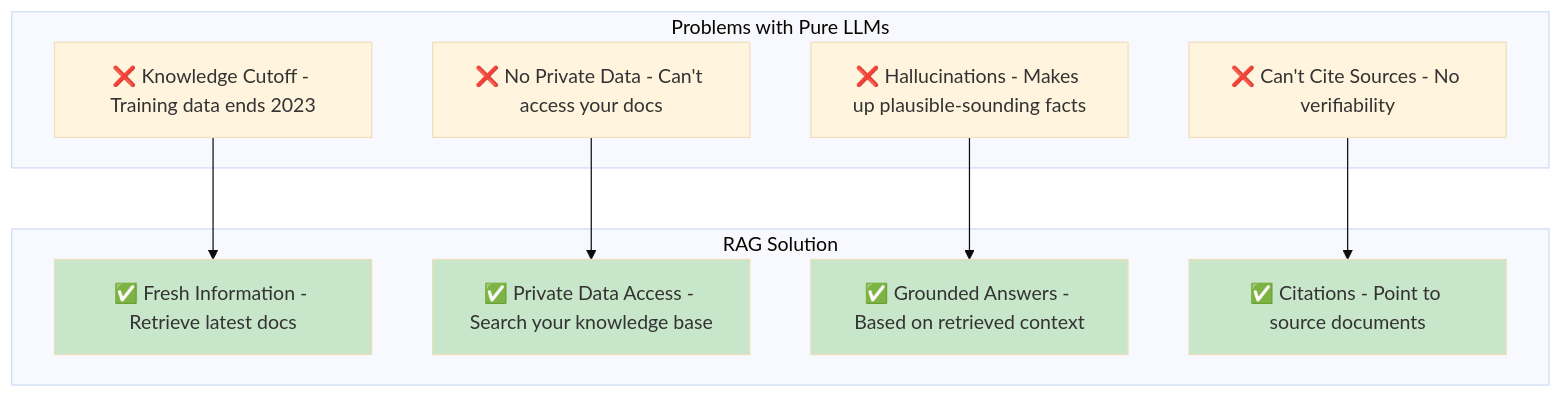
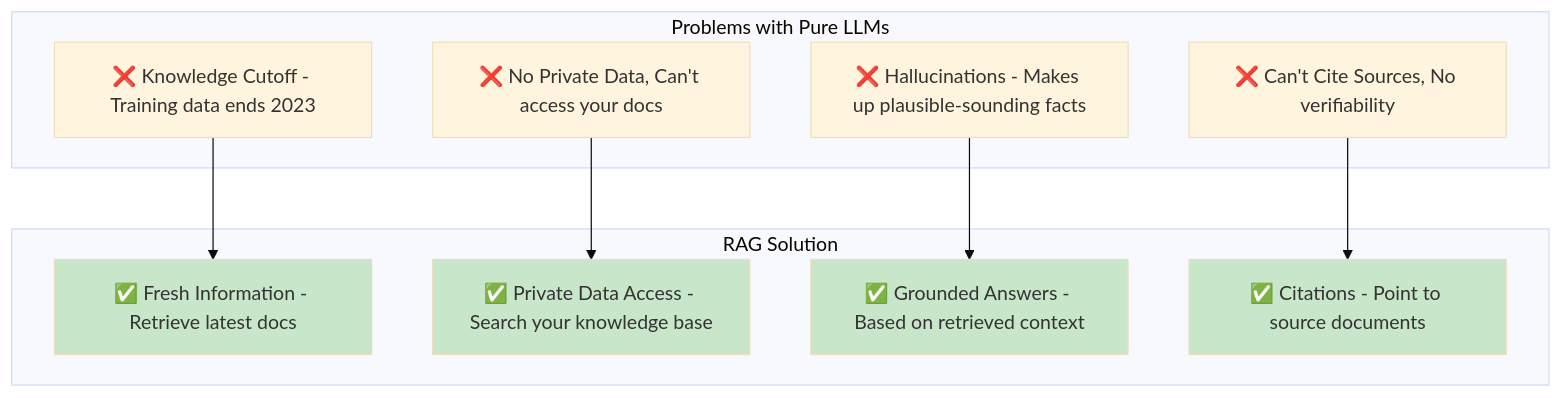
One commit to indhra/llm_rag_sec_findings changed the first of 15 diagrams in docs/learning/03-rag-fundamentals.md. Above: the diagram before and after it, drawn with Mermaid (base theme). The commit also changed other lines of this file and 9 other files, not shown here.

````diff
--- a/docs/learning/03-rag-fundamentals.md
+++ b/docs/learning/03-rag-fundamentals.md
@@ -24,26 +24,26 @@
 ```mermaid
 graph TD
     subgraph "Problems with Pure LLMs"
-        P1[❌ Knowledge Cutoff - Training data ends 2023]
-        P2[❌ No Private Data - Can't access your docs]
-        P3[❌ Hallucinations - Makes up plausible-sounding facts]
-        P4[❌ Can't Cite Sources - No verifiability]
+        P1["❌ Knowledge Cutoff - Training data ends 2023"]
+        P2["❌ No Private Data, Can't access your docs"]
+        P3["❌ Hallucinations - Makes up plausible-sounding facts"]
+        P4["❌ Can't Cite Sources, No verifiability"]
     end
     
     subgraph "RAG Solution"
-        S1[✅ Fresh Information - Retrieve latest docs]
-        S2[✅ Private Data Access - Search your knowledge base]
-        S3[✅ Grounded Answers - Based on retrieved context]
-        S4[✅ Citations - Point to source documents]
+        S1["✅ Fresh Information - Retrieve latest docs"]
+        S2["✅ Private Data Access - Search your knowledge base"]
+        S3["✅ Grounded Answers - Based on retrieved context"]
+        S4["✅ Citations - Point to source documents"]
     end
     
     P1 --> S1
     P2 --> S2
     P3 --> S3
     P4 --> S4
     
     style S1 fill:#c8e6c9
     style S2 fill:#c8e6c9
     style S3 fill:#c8e6c9
     style S4 fill:#c8e6c9
 ```
````
